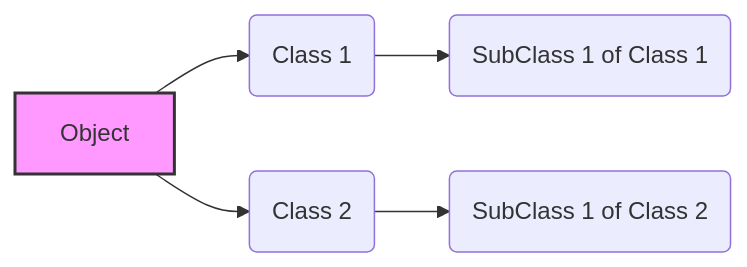
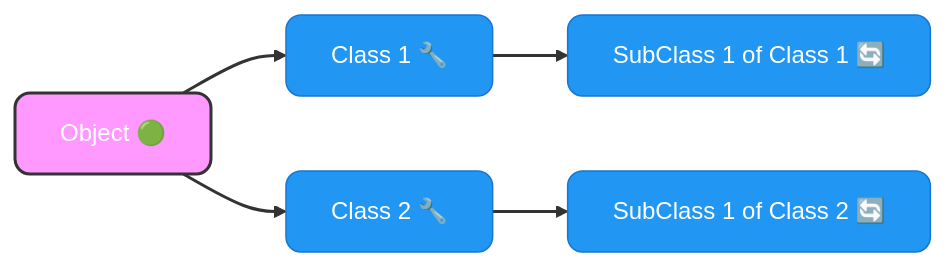
The fourth of 6 diagrams in _posts/2024-12-19-09.-classes-of-java.md (infoyouth/infoyouth.github.io), drawn with Mermaid before and after one commit. The commit also changed other lines of this file and 1 other file, not shown here.

````diff
--- a/_posts/2024-12-19-09.-classes-of-java.md
+++ b/_posts/2024-12-19-09.-classes-of-java.md
@@ -317,9 +373,15 @@
 ```mermaid
 graph LR
-    A[Object] --> B(Class 1);
-    A --> C(Class 2);
-    B --> D(SubClass 1 of Class 1);
-    C --> E(SubClass 1 of Class 2);
+    A[Object 🟢]:::startNode --> B[Class 1 🔧]:::processNode
+    A --> C[Class 2 🔧]:::processNode
+    B --> D[SubClass 1 of Class 1 🔄]:::processNode
+    C --> E[SubClass 1 of Class 2 🔄]:::processNode
+
+    classDef startNode fill:#4CAF50,stroke:#2E7D32,color:#FFFFFF,fontsize:16px,rx:10,ry:10
+    classDef processNode fill:#2196F3,stroke:#1976D2,color:#FFFFFF,fontsize:14px,rx:10,ry:10
+    classDef decisionNode fill:#FF9800,stroke:#F57C00,color:#000000,fontsize:16px,border-style:dashed
+    linkStyle default stroke-width:2px,fill:none
+
 
     style A fill:#f9f,stroke:#333,stroke-width:2px
 ```
````
